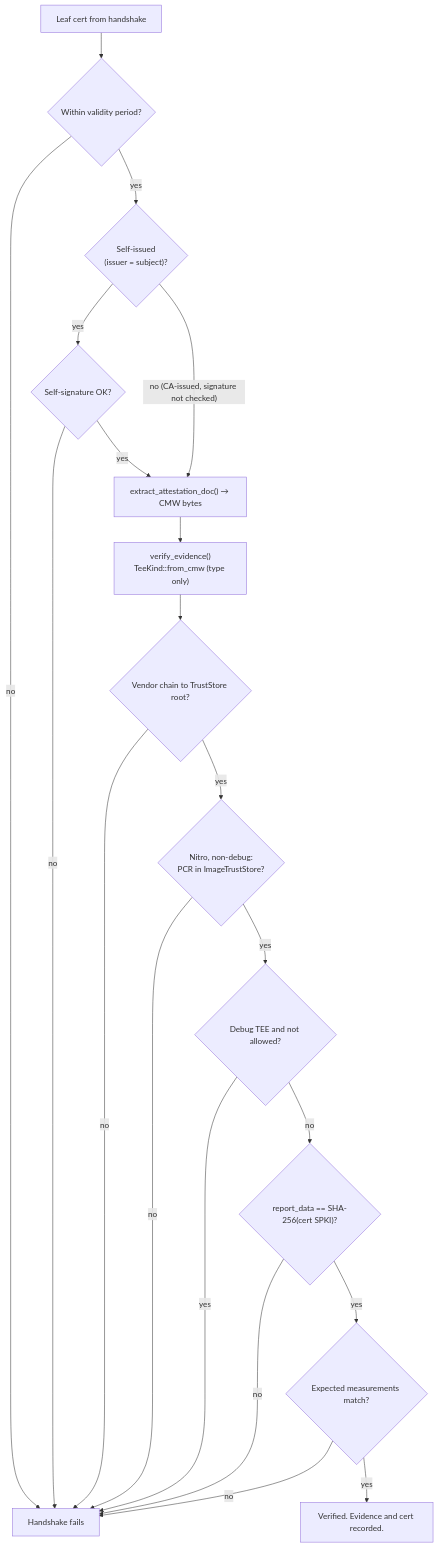
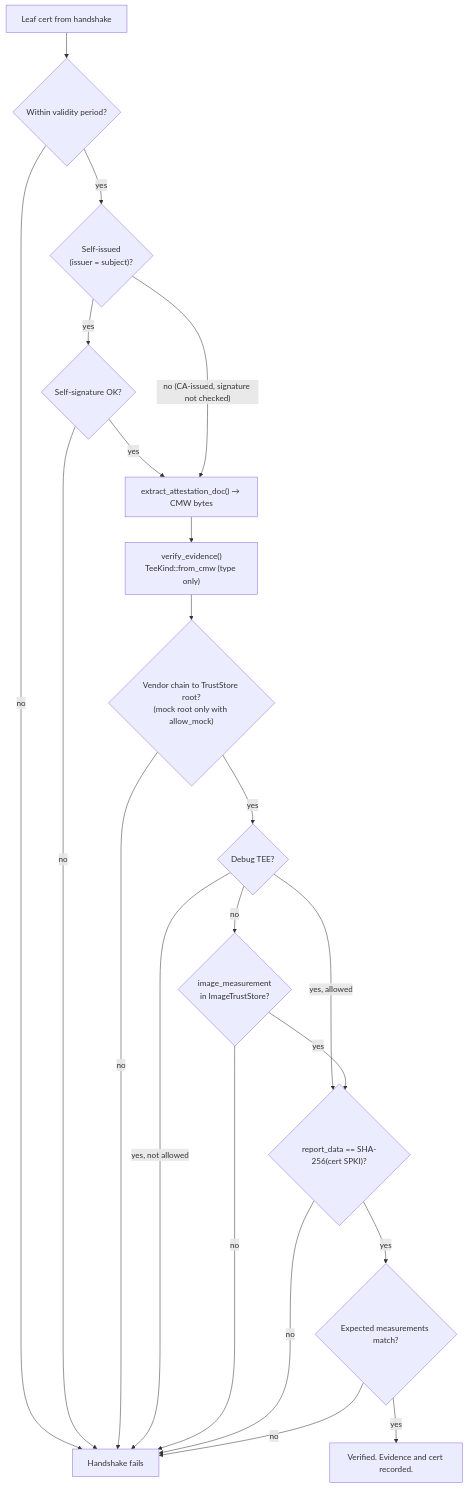
Before and after one commit to Lanetus/TTKServer: the second of 2 diagrams in docs/src/ra-client.md, drawn with Mermaid. The commit also changed other lines of this file and 6 other files, not shown here.

First line of the commit message:
fix: update the mdBook architecture docs to v6.5.0 (#103)

````diff
--- a/docs/src/ra-client.md
+++ b/docs/src/ra-client.md
@@ -83,22 +82,23 @@
 ```mermaid
 flowchart TD
     A["Leaf cert from handshake"] --> B{"Within validity period?"}
     B -- no --> X["Handshake fails"]
     B -- yes --> S{"Self-issued<br/>(issuer = subject)?"}
     S -- yes --> S2{"Self-signature OK?"}
     S2 -- no --> X
     S2 -- yes --> C
     S -- "no (CA-issued, signature not checked)" --> C["extract_attestation_doc() → CMW bytes"]
     C --> D["verify_evidence()<br/>TeeKind::from_cmw (type only)"]
-    D --> E{"Vendor chain to TrustStore root?"}
+    D --> E{"Vendor chain to TrustStore root?<br/>(mock root only with allow_mock)"}
     E -- no --> X
-    E -- yes --> I{"Nitro, non-debug:<br/>PCR in ImageTrustStore?"}
+    E -- yes --> F{"Debug TEE?"}
+    F -- "yes, not allowed" --> X
+    F -- "yes, allowed" --> G
+    F -- no --> I{"image_measurement<br/>in ImageTrustStore?"}
     I -- no --> X
-    I -- yes --> F{"Debug TEE and not allowed?"}
-    F -- yes --> X
-    F -- no --> G{"report_data == SHA-256(cert SPKI)?"}
+    I -- yes --> G{"report_data == SHA-256(cert SPKI)?"}
     G -- no --> X
     G -- yes --> H{"Expected measurements match?"}
     H -- no --> X
     H -- yes --> OK["Verified. Evidence and cert recorded."]
 ```
````
